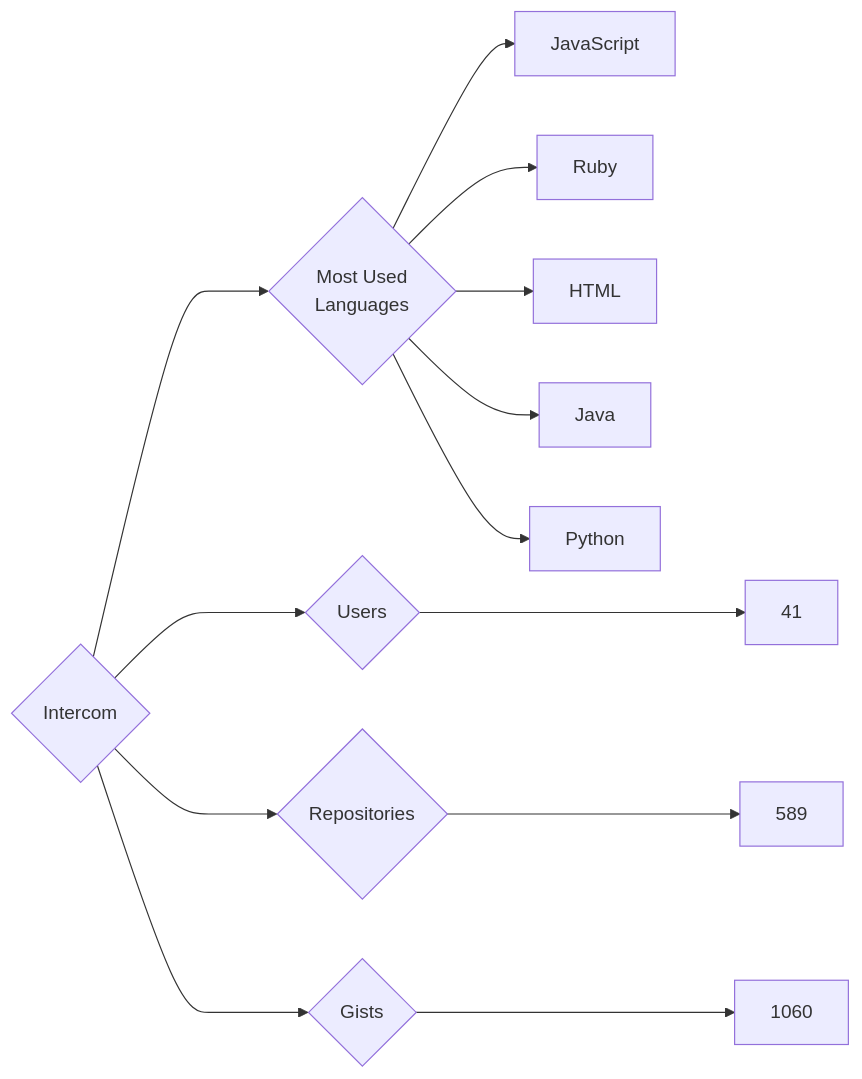
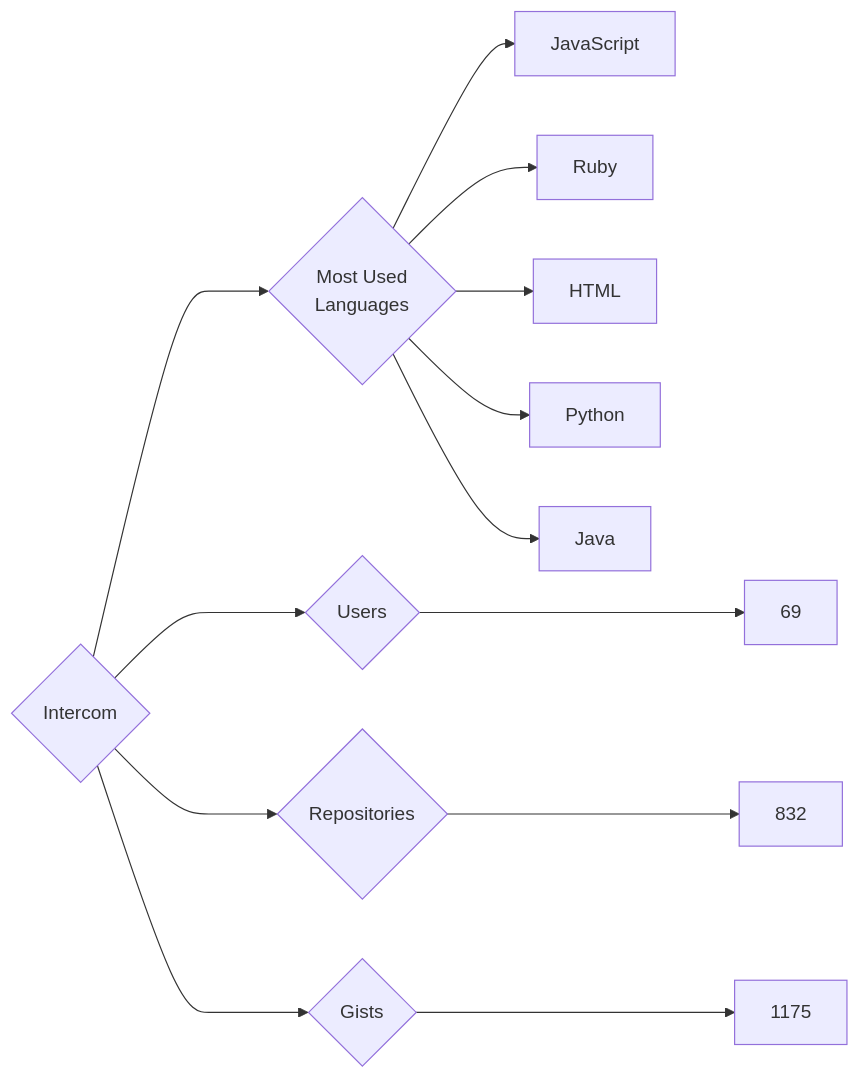
One commit to trickest/insiders changed the diagram in targets/Intercom/README.md. Above: the diagram before and after it, drawn with Mermaid. The commit also changed 757 other files, not shown here.

````diff
--- a/targets/Intercom/README.md
+++ b/targets/Intercom/README.md
@@ -3,13 +3,13 @@
 ```mermaid
 graph LR
 COMPANY_NAME{Intercom}
-COMPANY_NAME ---> U{Users} ---> UN[41]
-COMPANY_NAME ---> R{Repositories} ---> RN[589]
-COMPANY_NAME ---> G{Gists} ---> GN[1060]
+COMPANY_NAME ---> U{Users} ---> UN[69]
+COMPANY_NAME ---> R{Repositories} ---> RN[832]
+COMPANY_NAME ---> G{Gists} ---> GN[1175]
 COMPANY_NAME ---> ML{Most Used<br>Languages}
 ML --> JavaScript[JavaScript]
 ML --> Ruby[Ruby]
 ML --> HTML[HTML]
+ML --> Python[Python]
 ML --> Java[Java]
-ML --> Python[Python]
 ```
````
